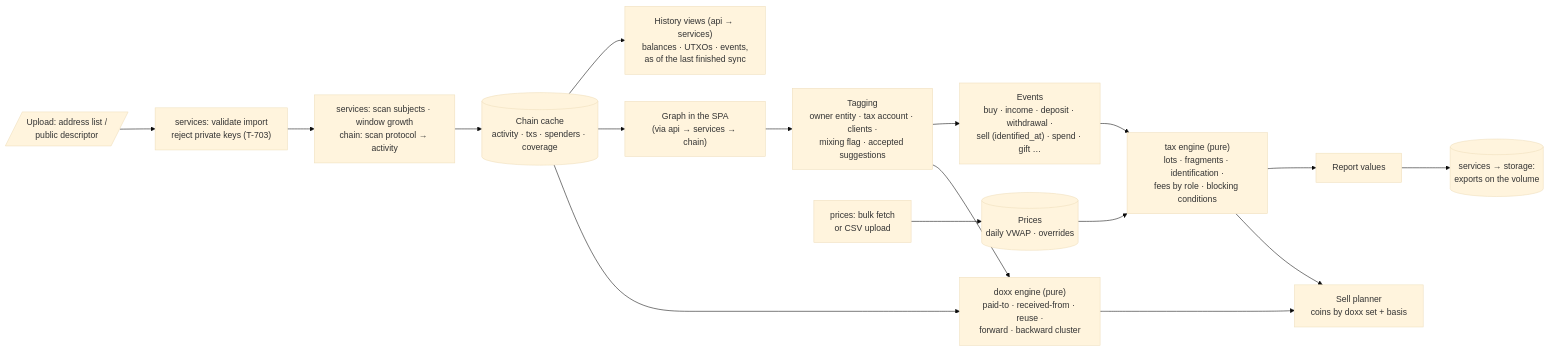
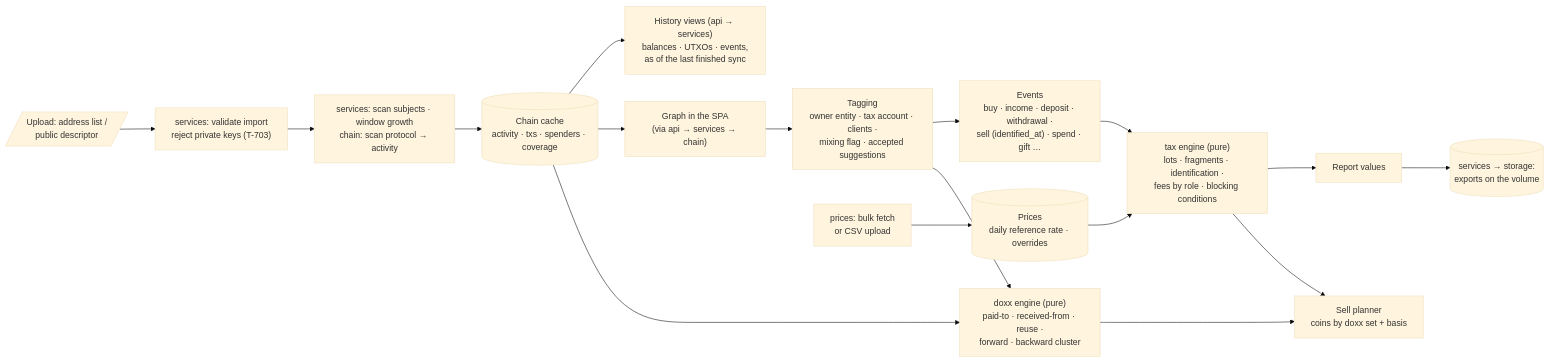
The fourth of 9 diagrams in docs/architecture.md (kristovatlas/coin-accounting), drawn with Mermaid (base theme) before and after one commit. The commit also changed other lines of this file and 3 other files, not shown here.

First line of the commit message:
ADR 0039: review panel round 1 (PR #268): the day it prices, bitcoincharts out first, bounded paging, THREAT_MODEL, PLAN, architecture

````diff
--- a/docs/architecture.md
+++ b/docs/architecture.md
@@ -240,19 +240,19 @@
 ```mermaid
 flowchart LR
   I1[/"Upload: address list /<br/>public descriptor"/] --> V["services: validate import<br/>reject private keys (T-703)"]
   V --> D["services: scan subjects · window growth<br/>chain: scan protocol → activity"]
   D --> C[("Chain cache<br/>activity · txs · spenders · coverage")]
   C --> H["History views (api → services)<br/>balances · UTXOs · events,<br/>as of the last finished sync"]
   C --> G["Graph in the SPA<br/>(via api → services → chain)"]
   G --> T["Tagging<br/>owner entity · tax account · clients ·<br/>mixing flag · accepted suggestions"]
   T --> E["Events<br/>buy · income · deposit · withdrawal ·<br/>sell (identified_at) · spend · gift …"]
-  PF["prices: bulk fetch<br/>or CSV upload"] --> P[("Prices<br/>daily VWAP · overrides")]
+  PF["prices: bulk fetch<br/>or CSV upload"] --> P[("Prices<br/>daily reference rate · overrides")]
   P --> L
   E --> L["tax engine (pure)<br/>lots · fragments · identification ·<br/>fees by role · blocking conditions"]
   C --> X
   T --> X["doxx engine (pure)<br/>paid-to · received-from · reuse ·<br/>forward · backward cluster"]
   L --> R["Report values"]
   R --> O[("services → storage:<br/>exports on the volume")]
   X --> SP["Sell planner<br/>coins by doxx set + basis"]
   L --> SP
 ```
````
